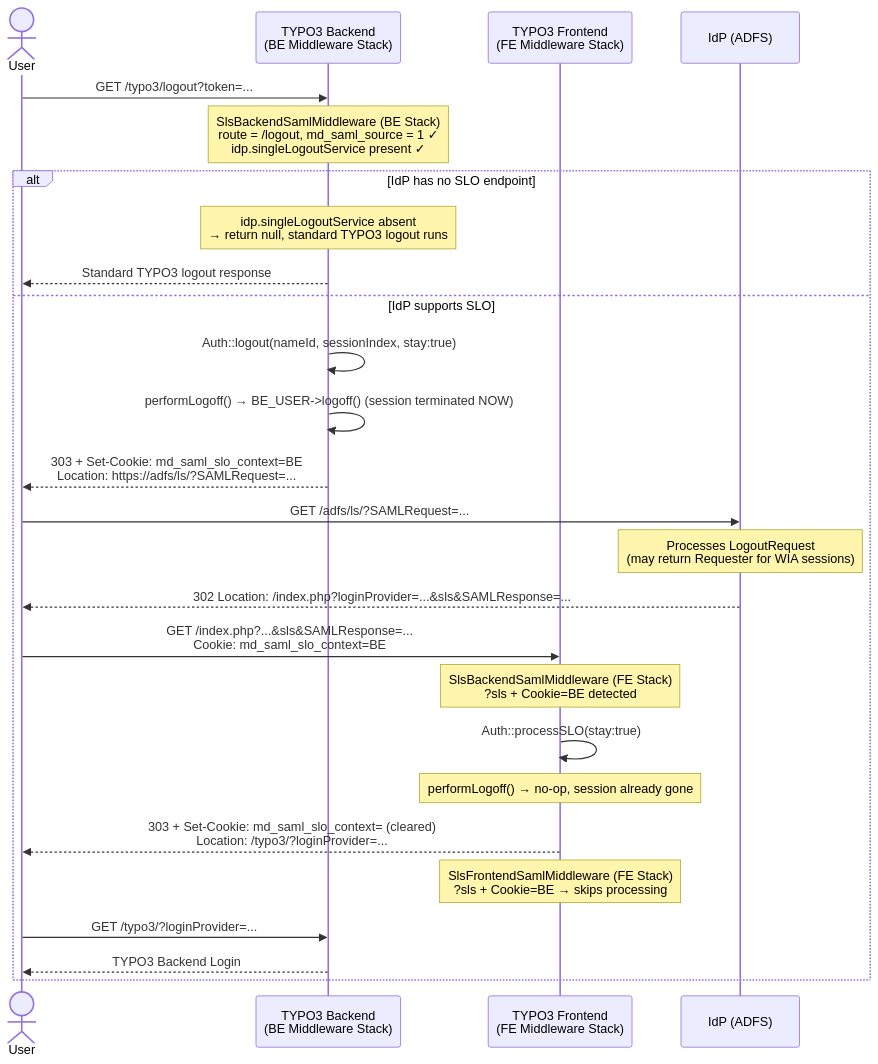
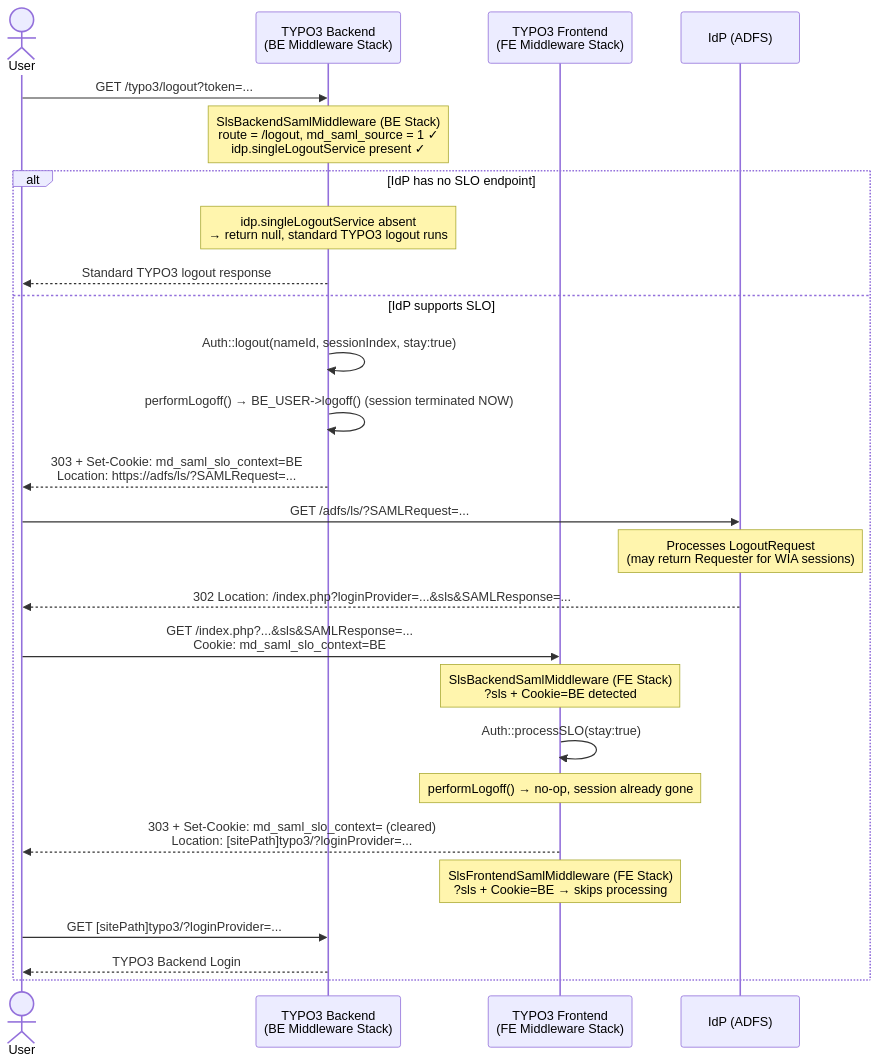
One commit to cdaecke/md_saml changed the diagram in Documentation/BackendLogout.md. Above: the diagram before and after it, drawn with Mermaid. The commit also changed other lines of this file and 1 other file, not shown here.

Commit message:
[BUGFIX] redirect to correct url after TYPO3 logout when TYPO3 is installed in a subsirectory

````diff
--- a/Documentation/BackendLogout.md
+++ b/Documentation/BackendLogout.md
@@ -34,37 +34,37 @@
 ```mermaid
 sequenceDiagram
     actor User
     participant BE as TYPO3 Backend<br/>(BE Middleware Stack)
     participant FE as TYPO3 Frontend<br/>(FE Middleware Stack)
     participant ADFS as IdP (ADFS)
 
     User->>BE: GET /typo3/logout?token=...
 
     note over BE: SlsBackendSamlMiddleware (BE Stack)<br/>route = /logout, md_saml_source = 1 ✓<br/>idp.singleLogoutService present ✓
 
     alt IdP has no SLO endpoint
         note over BE: idp.singleLogoutService absent<br/>→ return null, standard TYPO3 logout runs
         BE-->>User: Standard TYPO3 logout response
     else IdP supports SLO
         BE->>BE: Auth::logout(nameId, sessionIndex, stay:true)
         BE->>BE: performLogoff() → BE_USER->logoff() (session terminated NOW)
         BE-->>User: 303 + Set-Cookie: md_saml_slo_context=BE<br/>Location: https://adfs/ls/?SAMLRequest=...
 
         User->>ADFS: GET /adfs/ls/?SAMLRequest=...
         note over ADFS: Processes LogoutRequest<br/>(may return Requester for WIA sessions)
         ADFS-->>User: 302 Location: /index.php?loginProvider=...&sls&SAMLResponse=...
 
         User->>FE: GET /index.php?...&sls&SAMLResponse=...<br/>Cookie: md_saml_slo_context=BE
 
         note over FE: SlsBackendSamlMiddleware (FE Stack)<br/>?sls + Cookie=BE detected
 
         FE->>FE: Auth::processSLO(stay:true)
         note over FE: performLogoff() → no-op, session already gone
-        FE-->>User: 303 + Set-Cookie: md_saml_slo_context= (cleared)<br/>Location: /typo3/?loginProvider=...
+        FE-->>User: 303 + Set-Cookie: md_saml_slo_context= (cleared)<br/>Location: [sitePath]typo3/?loginProvider=...
 
         note over FE: SlsFrontendSamlMiddleware (FE Stack)<br/>?sls + Cookie=BE → skips processing
 
-        User->>BE: GET /typo3/?loginProvider=...
+        User->>BE: GET [sitePath]typo3/?loginProvider=...
         BE-->>User: TYPO3 Backend Login
     end
 ```
````
